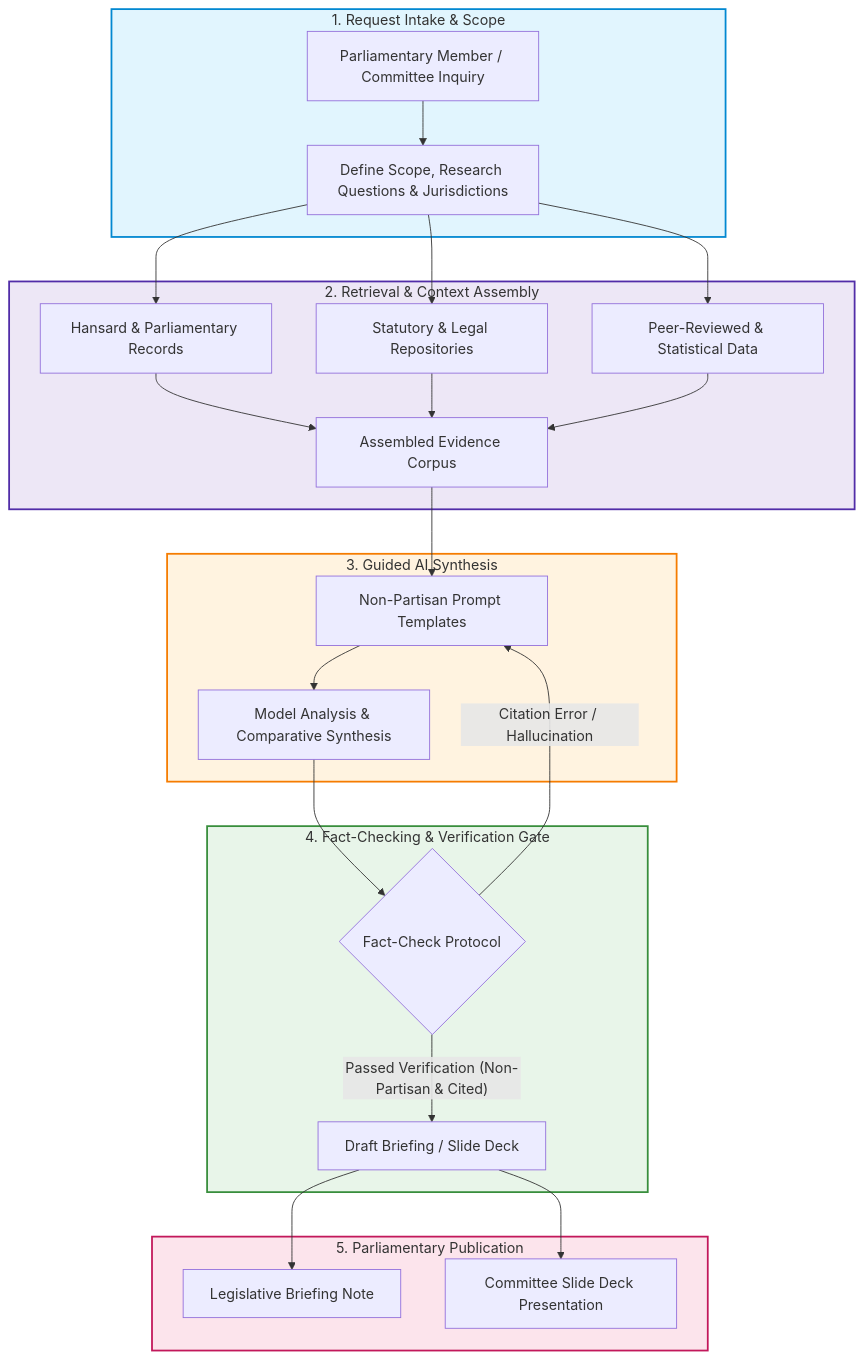
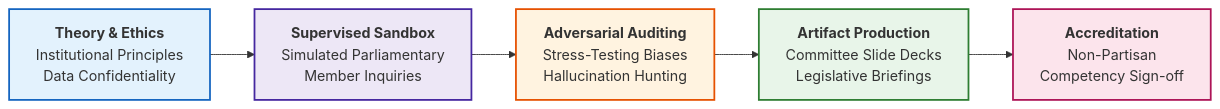
The first of 3 diagrams in README.md (kadefue/AI-Research-for-Parliamentary-Research), drawn with Mermaid before and after one commit. The commit also changed other lines of this file, not shown here.

````diff
--- a/README.md
+++ b/README.md
@@ -43,35 +50,13 @@
 ```mermaid
-flowchart TD
-    subgraph Intake["1. Request Intake & Scope"]
-        A[Parliamentary Member / Committee Inquiry] --> B[Define Scope, Research Questions & Jurisdictions]
-    end
+flowchart LR
+    A[<b>Theory & Ethics</b><br/>Institutional Principles<br/>Data Confidentiality] --> B[<b>Supervised Sandbox</b><br/>Simulated Parliamentary<br/>Member Inquiries]
+    B --> C[<b>Adversarial Auditing</b><br/>Stress-Testing Biases<br/>Hallucination Hunting]
+    C --> D[<b>Artifact Production</b><br/>Committee Slide Decks<br/>Legislative Briefings]
+    D --> E[<b>Accreditation</b><br/>Non-Partisan<br/>Competency Sign-off]
 
-    subgraph Preparation["2. Retrieval & Context Assembly"]
-        B --> C[Hansard & Parliamentary Records]
-        B --> D[Statutory & Legal Repositories]
-        B --> E[Peer-Reviewed & Statistical Data]
-        C & D & E --> F[Assembled Evidence Corpus]
-    end
-
-    subgraph AISynthesis["3. Guided AI Synthesis"]
-        F --> G[Non-Partisan Prompt Templates]
-        G --> H[Model Analysis & Comparative Synthesis]
-    end
-
-    subgraph Verification["4. Fact-Checking & Verification Gate"]
-        H --> I{Fact-Check Protocol}
-        I -- Citation Error / Hallucination --> G
-        I -- "Passed Verification (Non-Partisan & Cited)" --> J[Draft Briefing / Slide Deck]
-    end
-
-    subgraph Delivery["5. Parliamentary Publication"]
-        J --> K[Legislative Briefing Note]
-        J --> L[Committee Slide Deck Presentation]
-    end
-
-    style Intake fill:#e1f5fe,stroke:#0288d1,stroke-width:2px
-    style Preparation fill:#ede7f6,stroke:#512da8,stroke-width:2px
-    style AISynthesis fill:#fff3e0,stroke:#f57c00,stroke-width:2px
-    style Verification fill:#e8f5e9,stroke:#388e3c,stroke-width:2px
-    style Delivery fill:#fce4ec,stroke:#c2185b,stroke-width:2px
+    style A fill:#e3f2fd,stroke:#1565c0,stroke-width:2px
+    style B fill:#ede7f6,stroke:#4527a0,stroke-width:2px
+    style C fill:#fff3e0,stroke:#e65100,stroke-width:2px
+    style D fill:#e8f5e9,stroke:#2e7d32,stroke-width:2px
+    style E fill:#fce4ec,stroke:#ad1457,stroke-width:2px
 ```
````
